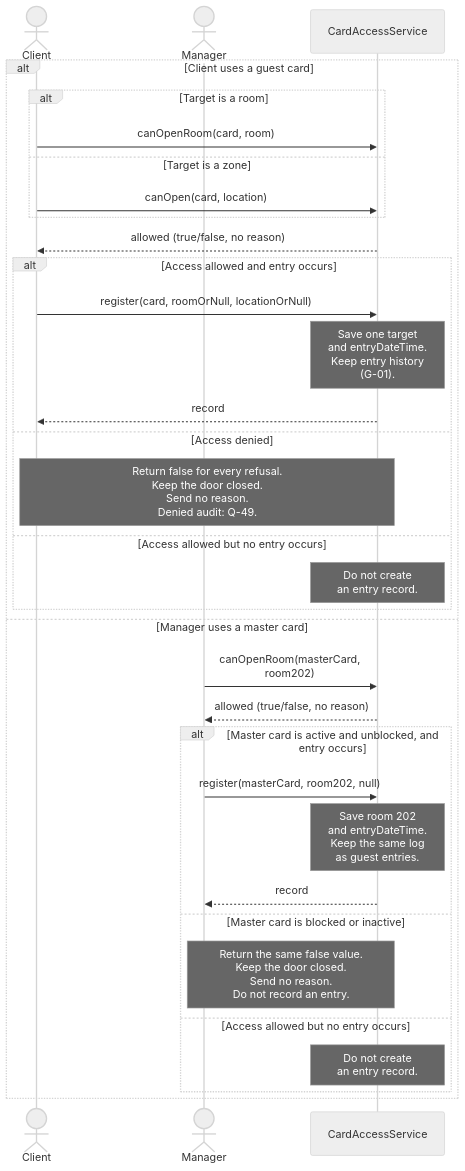
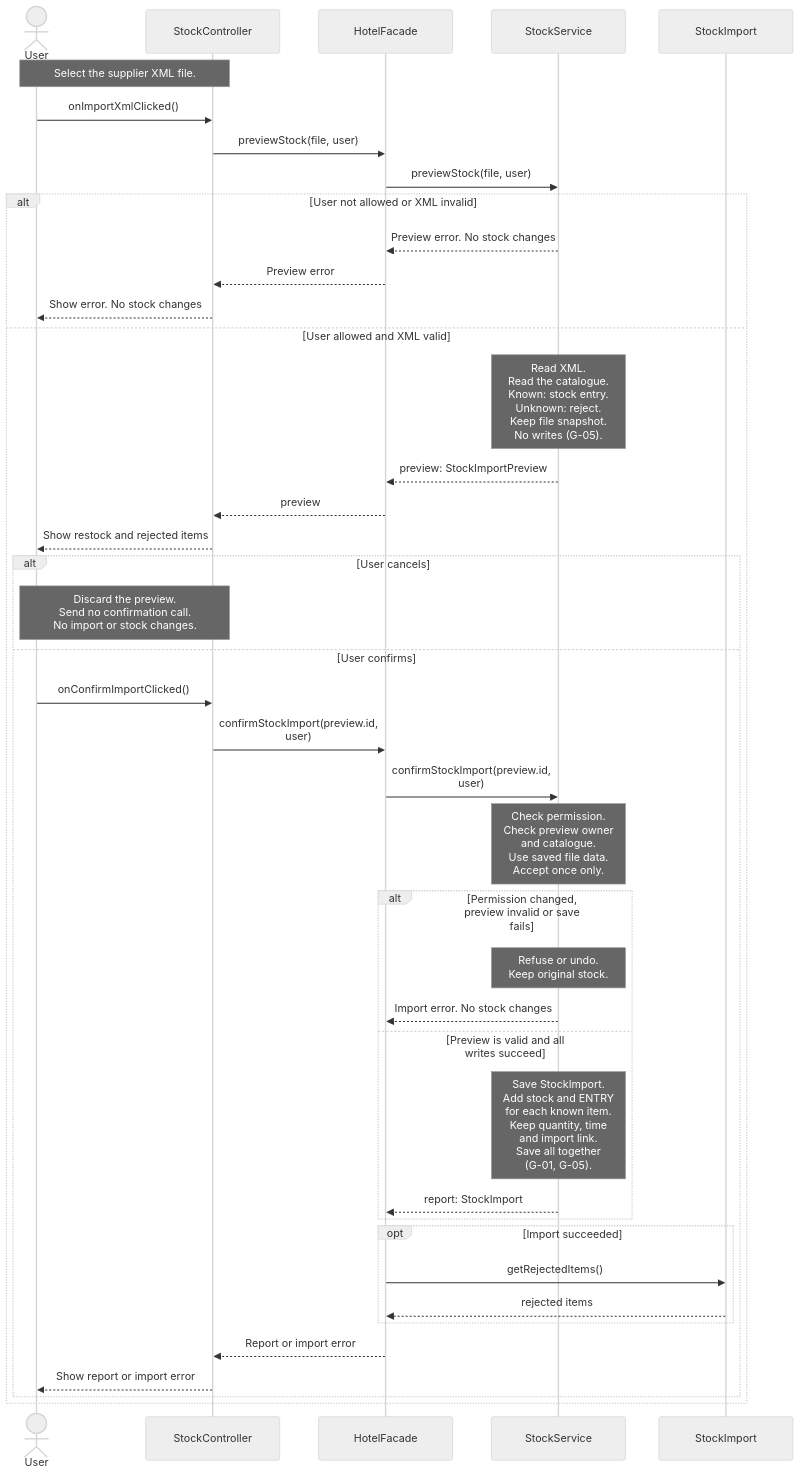
One commit to BorjaTiago/hotel4you changed the second of 2 diagrams in docs/uml/sequence-diagrams.md. Above: the diagram before and after it, drawn with Mermaid. The commit also changed other lines of this file and 8 other files, not shown here.

Commit message:
H4Y-8 add supplier XML review sequence

````diff
--- a/docs/uml/sequence-diagrams.md
+++ b/docs/uml/sequence-diagrams.md
@@ -84,36 +84,44 @@
 ```mermaid
 %%{init: {"theme":"neutral","fontFamily":"Arial","sequence":{"actorFontFamily":"Arial","noteFontFamily":"Arial","messageFontFamily":"Arial","width":200,"wrap":true}}}%%
 sequenceDiagram
-    actor Client
-    actor Manager
-    participant CAS as CardAccessService
-    alt Client uses a guest card
-        alt Target is a room
-            Client->>CAS: canOpenRoom(card, room)
-        else Target is a zone
-            Client->>CAS: canOpen(card, location)
-        end
-        CAS-->>Client: allowed (true/false, no reason)
-        alt Access allowed and entry occurs
-            Client->>CAS: register(card, roomOrNull, locationOrNull)
-            Note over CAS: Save one target<br/>and entryDateTime.<br/>Keep entry history<br/>(G-01).
-            CAS-->>Client: record
-        else Access denied
-            Note over Client,CAS: Return false for every refusal.<br/>Keep the door closed.<br/>Send no reason.<br/>Denied audit: Q-49.
-        else Access allowed but no entry occurs
-            Note over CAS: Do not create<br/>an entry record.
-        end
-    else Manager uses a master card
-        Manager->>CAS: canOpenRoom(masterCard, room202)
-        CAS-->>Manager: allowed (true/false, no reason)
-        alt Master card is active and unblocked, and entry occurs
-            Manager->>CAS: register(masterCard, room202, null)
-            Note over CAS: Save room 202<br/>and entryDateTime.<br/>Keep the same log<br/>as guest entries.
-            CAS-->>Manager: record
-        else Master card is blocked or inactive
-            Note over Manager,CAS: Return the same false value.<br/>Keep the door closed.<br/>Send no reason.<br/>Do not record an entry.
-        else Access allowed but no entry occurs
-            Note over CAS: Do not create<br/>an entry record.
+    actor User
+    participant SC as StockController
+    participant F as HotelFacade
+    participant SS as StockService
+    participant R as StockImport
+    Note over User,SC: Select the supplier XML file.
+    User->>SC: onImportXmlClicked()
+    SC->>F: previewStock(file, user)
+    F->>SS: previewStock(file, user)
+    alt User not allowed or XML invalid
+        SS-->>F: Preview error. No stock changes
+        F-->>SC: Preview error
+        SC-->>User: Show error. No stock changes
+    else User allowed and XML valid
+        Note over SS: Read XML.<br/>Read the catalogue.<br/>Known: stock entry.<br/>Unknown: reject.<br/>Keep file snapshot.<br/>No writes (G-05).
+        SS-->>F: preview: StockImportPreview
+        F-->>SC: preview
+        SC-->>User: Show restock and rejected items
+        alt User cancels
+            Note over User,SC: Discard the preview.<br/>Send no confirmation call.<br/>No import or stock changes.
+        else User confirms
+            User->>SC: onConfirmImportClicked()
+            SC->>F: confirmStockImport(preview.id, user)
+            F->>SS: confirmStockImport(preview.id, user)
+            Note over SS: Check permission.<br/>Check preview owner<br/>and catalogue.<br/>Use saved file data.<br/>Accept once only.
+            alt Permission changed, preview invalid or save fails
+                Note over SS: Refuse or undo.<br/>Keep original stock.
+                SS-->>F: Import error. No stock changes
+            else Preview is valid and all writes succeed
+                Note over SS: Save StockImport.<br/>Add stock and ENTRY<br/>for each known item.<br/>Keep quantity, time<br/>and import link.<br/>Save all together<br/>(G-01, G-05).
+                SS-->>F: report: StockImport
+            end
+            opt Import succeeded
+                F->>R: getRejectedItems()
+                R-->>F: rejected items
+            end
+            F-->>SC: Report or import error
+            SC-->>User: Show report or import error
         end
     end
 ```
````
